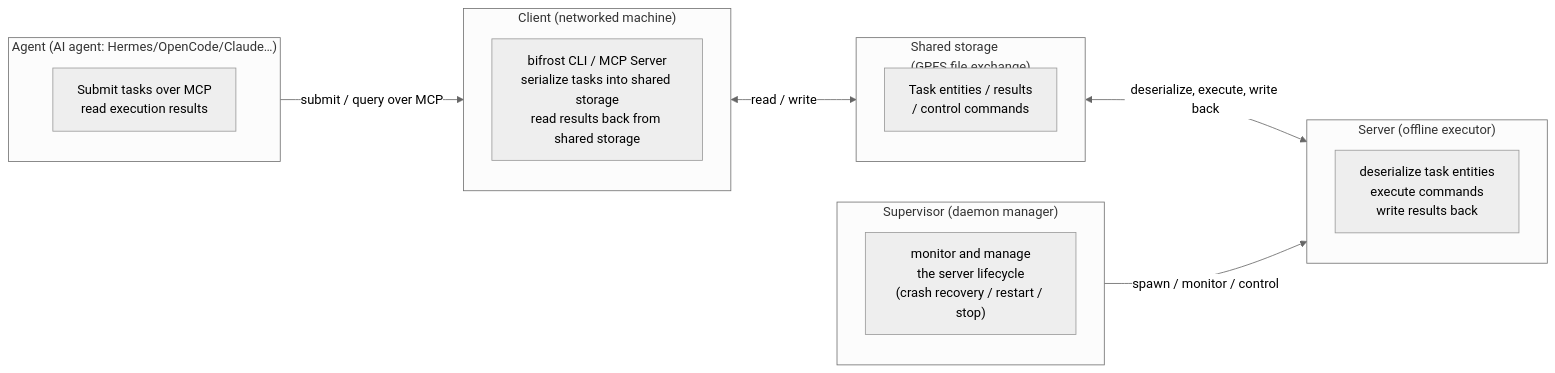
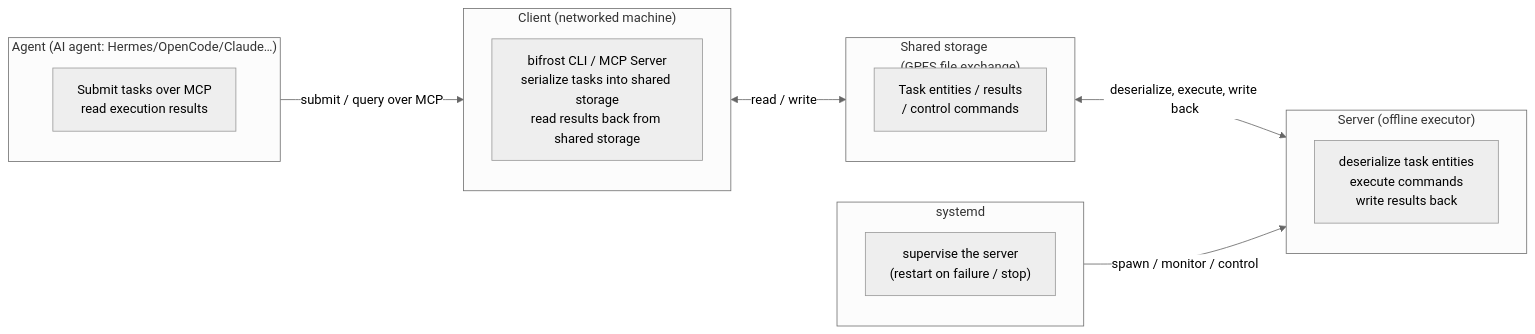
One commit to peterlau123/bifrost changed the first of 3 diagrams in README.md. Above: the diagram before and after it, drawn with Mermaid (neutral theme). The commit also changed other lines of this file and 12 other files, not shown here.

````diff
--- a/README.md
+++ b/README.md
@@ -102,27 +101,27 @@
 ```mermaid
 flowchart LR
     subgraph Agent["Agent (AI agent: Hermes/OpenCode/Claude…)"]
         A1["Submit tasks over MCP<br/>read execution results"]
     end
 
     subgraph Client["Client (networked machine)"]
         C1["bifrost CLI / MCP Server<br/>serialize tasks into shared storage<br/>read results back from shared storage"]
     end
 
     subgraph SS["Shared storage<br/>(GPFS file exchange)"]
         S1["Task entities / results<br/>/ control commands"]
     end
 
     subgraph Server["Server (offline executor)"]
         R1["deserialize task entities<br/>execute commands<br/>write results back"]
     end
 
-    subgraph Supervisor["Supervisor (daemon manager)"]
-        V1["monitor and manage<br/>the server lifecycle<br/>(crash recovery / restart / stop)"]
+    subgraph Supervisor["systemd"]
+        V1["supervise the server<br/>(restart on failure / stop)"]
     end
 
     Agent -->|"submit / query over MCP"| Client
     Client <-->|"read / write"| SS
     SS <-->|"deserialize, execute, write back"| Server
     Supervisor -->|"spawn / monitor / control"| Server
 ```
````
